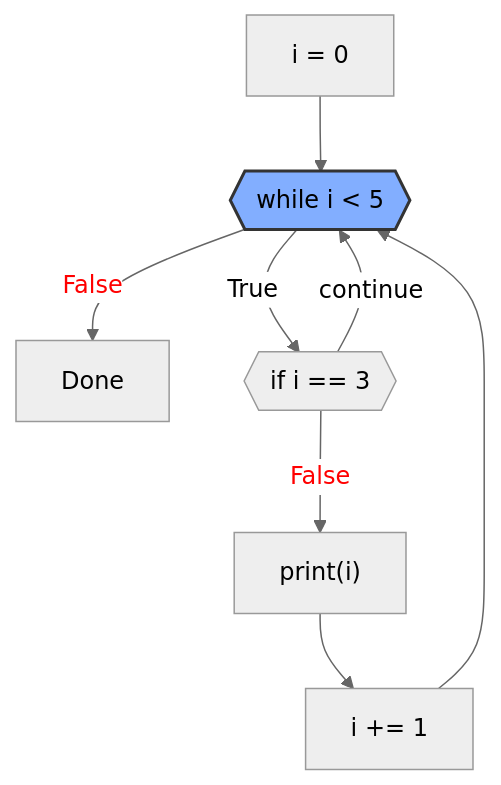
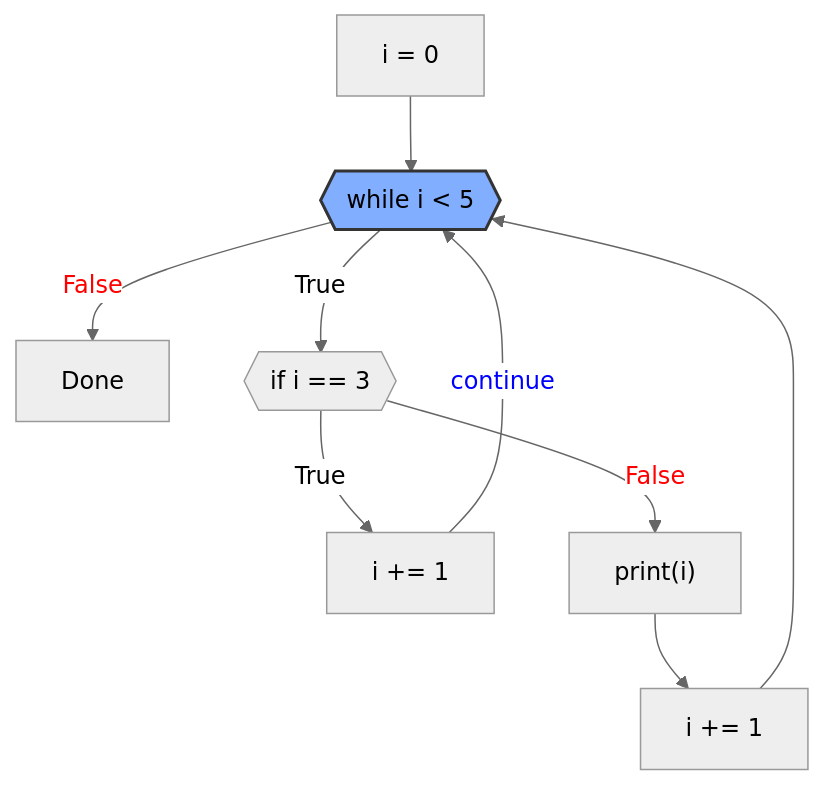
Diagram 13 of 14 in book/chapters/03_control_flow/a_control_flow.qmd (hanoufalmogri/python), drawn with Mermaid (neutral theme) before and after one commit.

Commit message:
Fix the continue flowchart

````diff
--- a/book/chapters/03_control_flow/a_control_flow.qmd
+++ b/book/chapters/03_control_flow/a_control_flow.qmd
@@ -587,11 +587,13 @@
 ```{mermaid}
 flowchart TD
   S0["i = 0"] --> WHILE{{"while i < 5"}}
   WHILE -- False --> Done["Done"]
   WHILE -- True --> IF1{{"if i == 3"}}
-  IF1 -- continue -->  WHILE
+  IF1 -- True --> S3["i += 1"]
+  S3 -- continue -->  WHILE
   IF1 -- False --> S1["print(i)"] --> S2["i += 1"] --> WHILE
 
   style WHILE fill:#82aeff, stroke:#333, stroke-width:2px;
-  linkStyle 1,4 color:red;
+  linkStyle 1,5 color:red;
+  linkStyle 4 color:blue;
 ```
````
